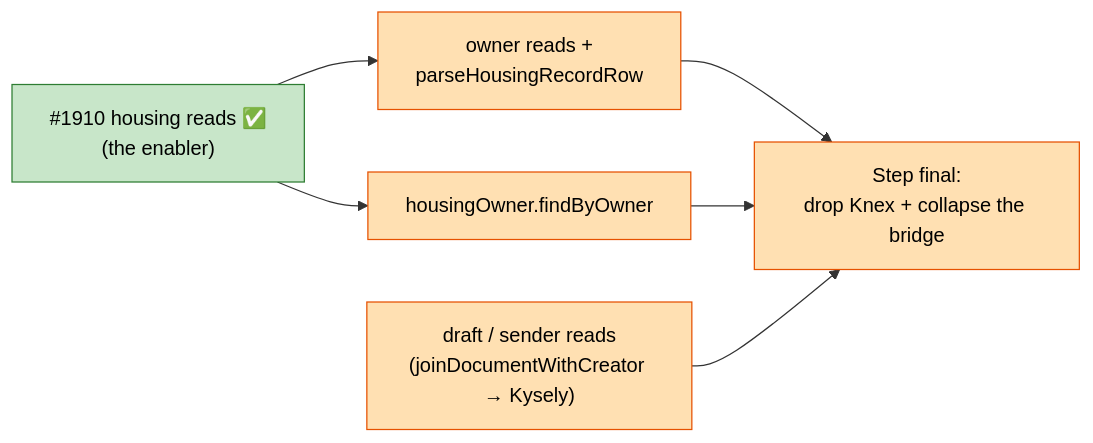
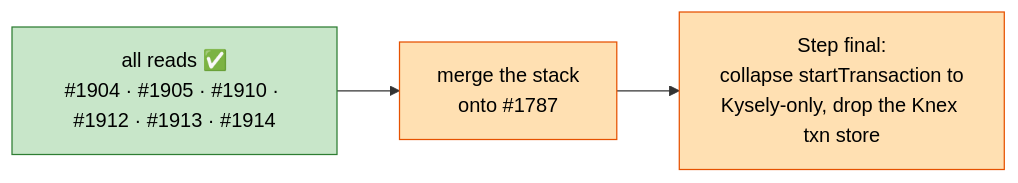
Before and after one commit to MTES-MCT/zero-logement-vacant: the sixth of 6 diagrams in docs/kysely-migration-overview.md, drawn with Mermaid. The commit also changed other lines of this file, not shown here.

First line of the commit message:
docs(server): mark all Kysely reads complete in the migration overview

````diff
--- a/docs/kysely-migration-overview.md
+++ b/docs/kysely-migration-overview.md
@@ -179,13 +188,8 @@
 ```mermaid
 flowchart LR
-  hr["#1910 housing reads ✅<br/>(the enabler)"]:::done --> owner["owner reads +<br/>parseHousingRecordRow"]:::todo
-  hr --> ho["housingOwner.findByOwner"]:::todo
-  ds["draft / sender reads<br/>(joinDocumentWithCreator → Kysely)"]:::todo
-  owner --> final
-  ho --> final
-  ds --> final
-  final["Step final:<br/>drop Knex + collapse the bridge"]:::todo
+  reads["all reads ✅<br/>#1904 · #1905 · #1910 · #1912 · #1913 · #1914"]:::done --> merge["merge the stack<br/>onto #1787"]:::todo
+  merge --> final["Step final:<br/>collapse startTransaction to<br/>Kysely-only, drop the Knex txn store"]:::todo
 
   classDef done fill:#c8e6c9,stroke:#2e7d32,color:#000
   classDef todo fill:#ffe0b2,stroke:#e65100,color:#000
 ```
````
